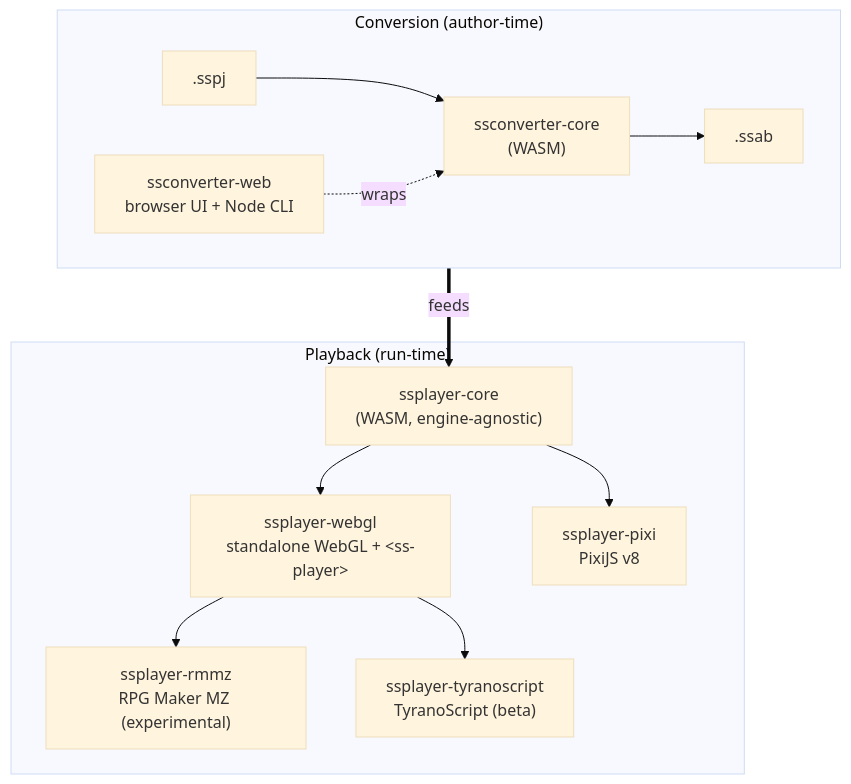
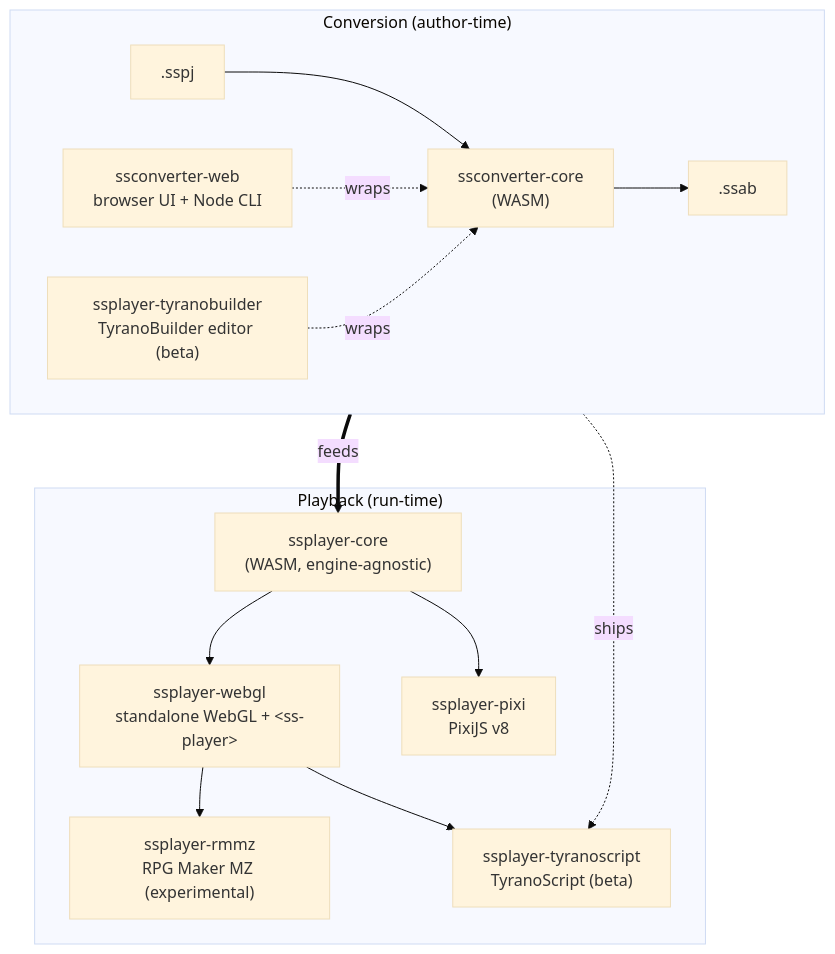
One commit to cri-middleware/SSPlayerForWeb changed the diagram in README.md. Above: the diagram before and after it, drawn with Mermaid (base theme). The commit also changed other lines of this file and 7 other files, not shown here.

````diff
--- a/README.md
+++ b/README.md
@@ -103,22 +104,24 @@
 ```mermaid
 flowchart TD
     subgraph conv ["Conversion (author-time)"]
         direction LR
         sspj[".sspj"] --> convcore["ssconverter-core<br/>(WASM)"] --> ssab[".ssab"]
         convweb["ssconverter-web<br/>browser UI + Node CLI"] -. wraps .-> convcore
+        tyranob["ssplayer-tyranobuilder<br/>TyranoBuilder editor (beta)"] -. wraps .-> convcore
     end
 
     subgraph play ["Playback (run-time)"]
         core["ssplayer-core<br/>(WASM, engine-agnostic)"]
         webgl["ssplayer-webgl<br/>standalone WebGL + &lt;ss-player&gt;"]
         pixi["ssplayer-pixi<br/>PixiJS v8"]
         rmmz["ssplayer-rmmz<br/>RPG Maker MZ (experimental)"]
         tyrano["ssplayer-tyranoscript<br/>TyranoScript (beta)"]
         core --> webgl
         core --> pixi
         webgl --> rmmz
         webgl --> tyrano
     end
 
+    tyranob -. ships .-> tyrano
     ssab ==>|feeds| core
 ```
````
